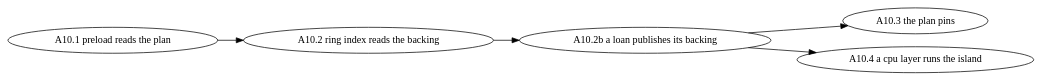
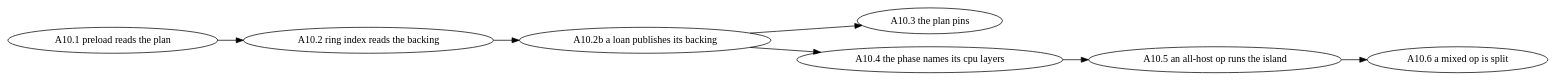
The diagram in docs/plans/2026-11-13-fmcp-a10-routed-host-experts-are-pinned-when-the-ring-streams-them.md (kainlan/llama.cpp-intel-optimizations), drawn with Graphviz before and after one commit. The commit also changed other lines of this file, not shown here.

First line of the commit message:
docs: addendum A10 amendment 3: every CPU-decided prompt op takes the island, and a mixed op is split (tasks A10.4 to A10.6, llama.cpp-ibg2 under llama.cpp-fmcp)

````diff
--- a/docs/plans/2026-11-13-fmcp-a10-routed-host-experts-are-pinned-when-the-ring-streams-them.md
+++ b/docs/plans/2026-11-13-fmcp-a10-routed-host-experts-are-pinned-when-the-ring-streams-them.md
@@ -213,3 +335,3 @@
 ```dot
-digraph dependencies { rankdir=LR; "A10.1 preload reads the plan" -> "A10.2 ring index reads the backing" -> "A10.2b a loan publishes its backing" -> "A10.3 the plan pins"; "A10.2b a loan publishes its backing" -> "A10.4 a cpu layer runs the island"; }
+digraph dependencies { rankdir=LR; "A10.1 preload reads the plan" -> "A10.2 ring index reads the backing" -> "A10.2b a loan publishes its backing" -> "A10.3 the plan pins"; "A10.2b a loan publishes its backing" -> "A10.4 the phase names its cpu layers" -> "A10.5 an all-host op runs the island" -> "A10.6 a mixed op is split"; }
 ```
````
